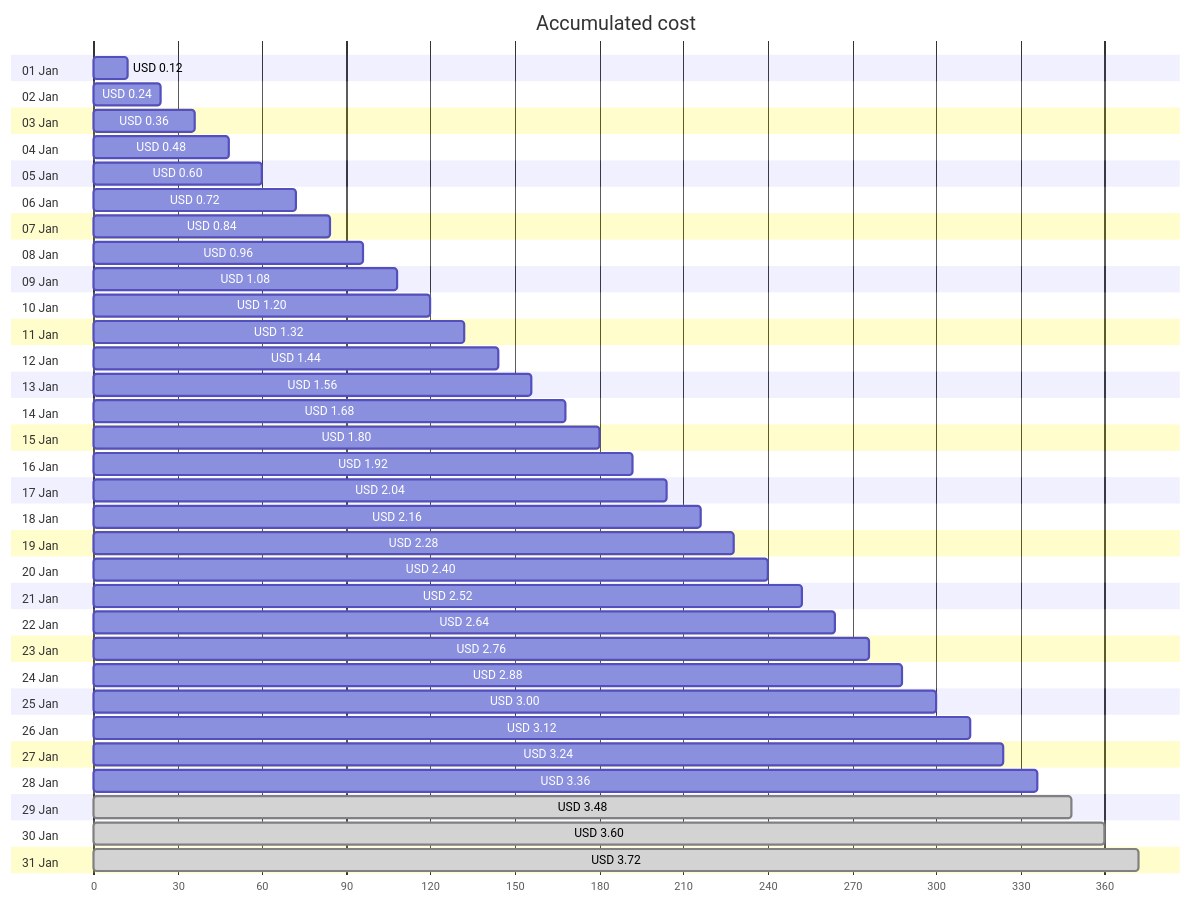
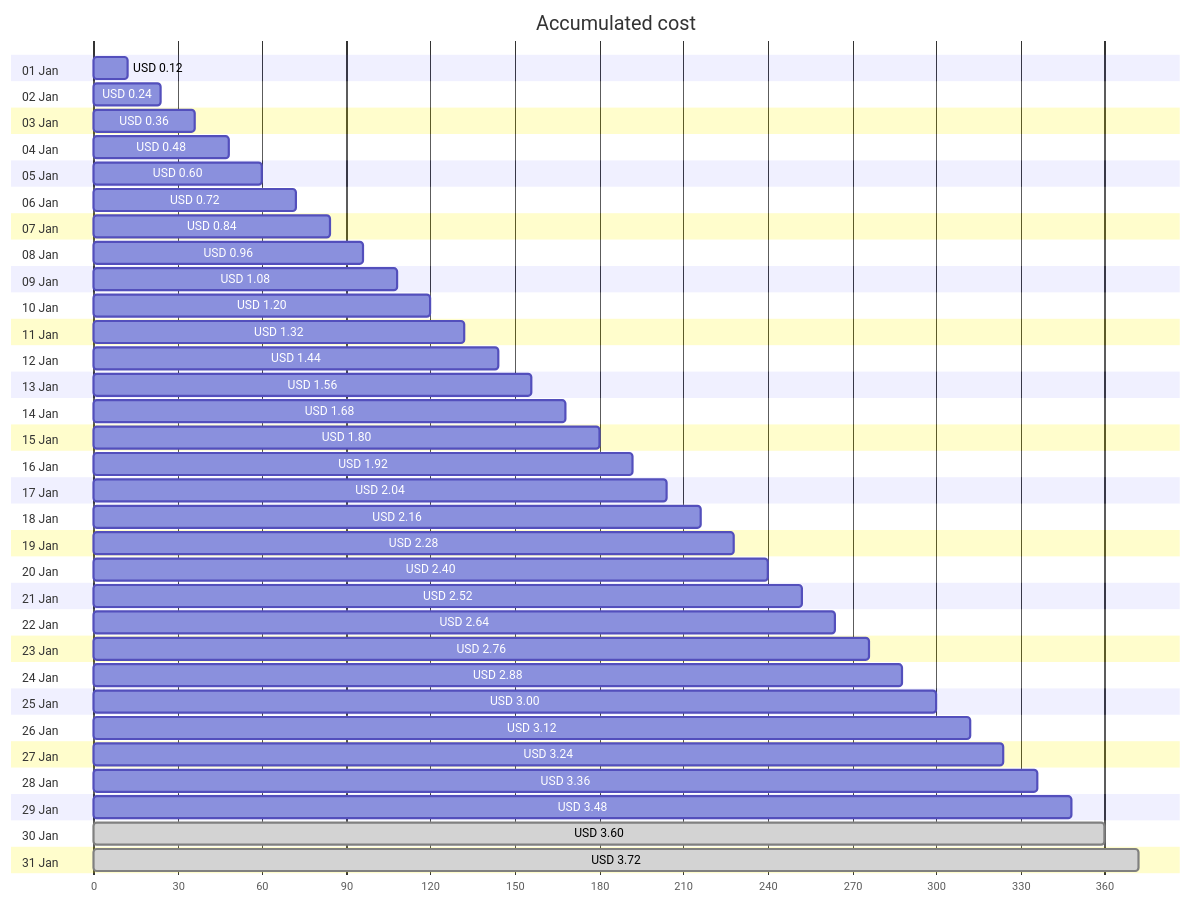
Before and after one commit to jpfulton/azure-personal-reports: the first of 4 diagrams in cost-reports/personal-network/backup-server-public-ip.md, drawn with Mermaid. The commit also changed other lines of this file and 8 other files, not shown here.

````diff
--- a/cost-reports/personal-network/backup-server-public-ip.md
+++ b/cost-reports/personal-network/backup-server-public-ip.md
@@ -20,68 +20,68 @@
 ```mermaid
 gantt
    title Accumulated cost
    dateFormat  X
    axisFormat %s
    section 01 Jan
    USD 0.12 :0, 12
    section 02 Jan
    USD 0.24 :0, 24
    section 03 Jan
    USD 0.36 :0, 36
    section 04 Jan
    USD 0.48 :0, 48
    section 05 Jan
    USD 0.60 :0, 60
    section 06 Jan
    USD 0.72 :0, 72
    section 07 Jan
    USD 0.84 :0, 84
    section 08 Jan
    USD 0.96 :0, 96
    section 09 Jan
    USD 1.08 :0, 108
    section 10 Jan
    USD 1.20 :0, 120
    section 11 Jan
    USD 1.32 :0, 132
    section 12 Jan
    USD 1.44 :0, 144
    section 13 Jan
    USD 1.56 :0, 156
    section 14 Jan
    USD 1.68 :0, 168
    section 15 Jan
    USD 1.80 :0, 180
    section 16 Jan
    USD 1.92 :0, 192
    section 17 Jan
    USD 2.04 :0, 204
    section 18 Jan
    USD 2.16 :0, 216
    section 19 Jan
    USD 2.28 :0, 228
    section 20 Jan
    USD 2.40 :0, 240
    section 21 Jan
    USD 2.52 :0, 252
    section 22 Jan
    USD 2.64 :0, 264
    section 23 Jan
    USD 2.76 :0, 276
    section 24 Jan
    USD 2.88 :0, 288
    section 25 Jan
    USD 3.00 :0, 300
    section 26 Jan
    USD 3.12 :0, 312
    section 27 Jan
    USD 3.24 :0, 324
    section 28 Jan
    USD 3.36 :0, 336
    section 29 Jan
-   USD 3.48 : done, 0, 348
+   USD 3.48 :0, 348
    section 30 Jan
    USD 3.60 : done, 0, 360
    section 31 Jan
    USD 3.72 : done, 0, 372
 ```
````
